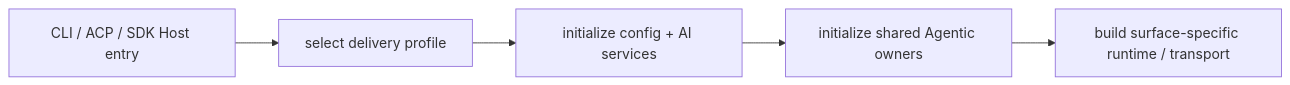
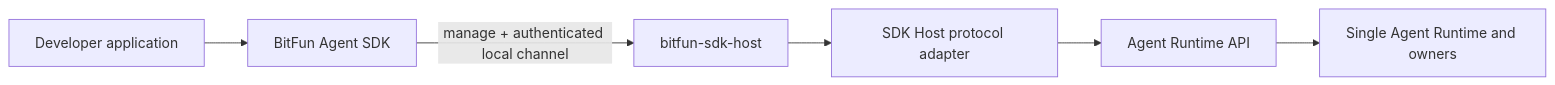
The fifth of 11 diagrams in docs/architecture/agent-sdk-product-architecture.md (1688mengdie/BitFun), drawn with Mermaid before and after one commit. The commit also changed other lines of this file and 4 other files, not shown here.

First line of the commit message:
docs(architecture): clarify agent SDK product boundaries

````diff
--- a/docs/architecture/agent-sdk-product-architecture.md
+++ b/docs/architecture/agent-sdk-product-architecture.md
@@ -232,7 +231,8 @@
 ```mermaid
 flowchart LR
-  Entry["CLI / ACP / SDK Host entry"] --> Profile["select delivery profile"]
-  Profile --> Config["initialize config + AI services"]
-  Config --> Agentic["initialize shared Agentic owners"]
-  Agentic --> Surface["build surface-specific runtime / transport"]
+  App["Developer application"] --> SDK["BitFun Agent SDK"]
+  SDK -->|"manage + authenticated local channel"| Host["bitfun-sdk-host"]
+  Host --> SDKAdapter["SDK Host protocol adapter"]
+  SDKAdapter --> API["Agent Runtime API"]
+  API --> Runtime["Single Agent Runtime and owners"]
 ```
````
